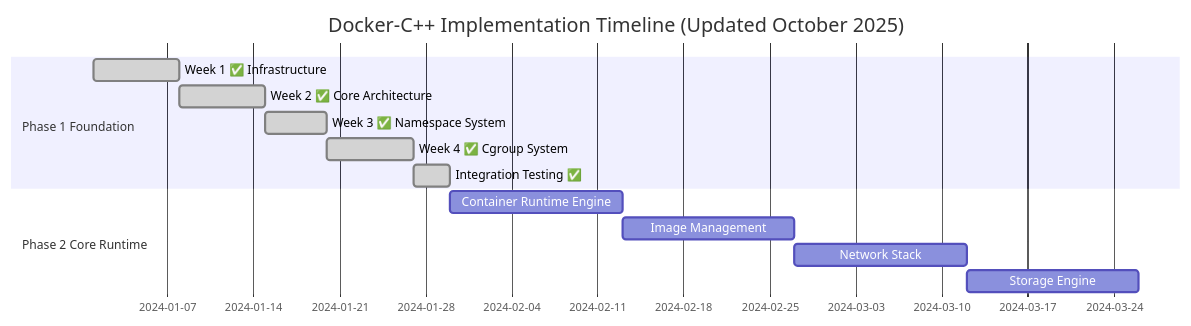
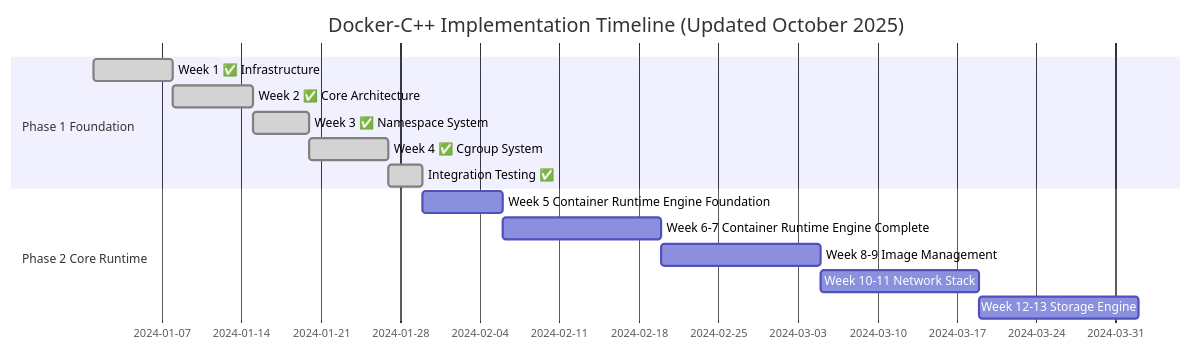
One commit to shizhengLi/docker-cpp changed the second of 2 diagrams in docker-cpp-implementation-roadmap.md. Above: the diagram before and after it, drawn with Mermaid. The commit also changed other lines of this file, not shown here.

Commit message:
update dock impl roadmap for phase 2. week 5. let's do it

````diff
--- a/docker-cpp-implementation-roadmap.md
+++ b/docker-cpp-implementation-roadmap.md
@@ -1133,17 +1216,18 @@
 ```mermaid
 gantt
     title Docker-C++ Implementation Timeline (Updated October 2025)
     dateFormat  YYYY-MM-DD
     section Phase 1 Foundation
     Week 1 ✅ Infrastructure    :done, p1-1, 2024-01-01, 1w
     Week 2 ✅ Core Architecture :done, p1-2, after p1-1, 1w
     Week 3 ✅ Namespace System  :done, p1-3, after p1-2, 5d
     Week 4 ✅ Cgroup System     :done, p1-4, after p1-3, 7d
     Integration Testing ✅     :done, p1-5, after p1-4, 3d
 
     section Phase 2 Core Runtime
-    Container Runtime Engine :p2-1, after p1-5, 2w
-    Image Management        :p2-2, after p2-1, 2w
-    Network Stack           :p2-3, after p2-2, 2w
-    Storage Engine          :p2-4, after p2-3, 2w
+    Week 5 Container Runtime Engine Foundation :p2-1, after p1-5, 1w
+    Week 6-7 Container Runtime Engine Complete :p2-1b, after p2-1, 2w
+    Week 8-9 Image Management                   :p2-2, after p2-1b, 2w
+    Week 10-11 Network Stack                    :p2-3, after p2-2, 2w
+    Week 12-13 Storage Engine                   :p2-4, after p2-3, 2w
 ```
````
